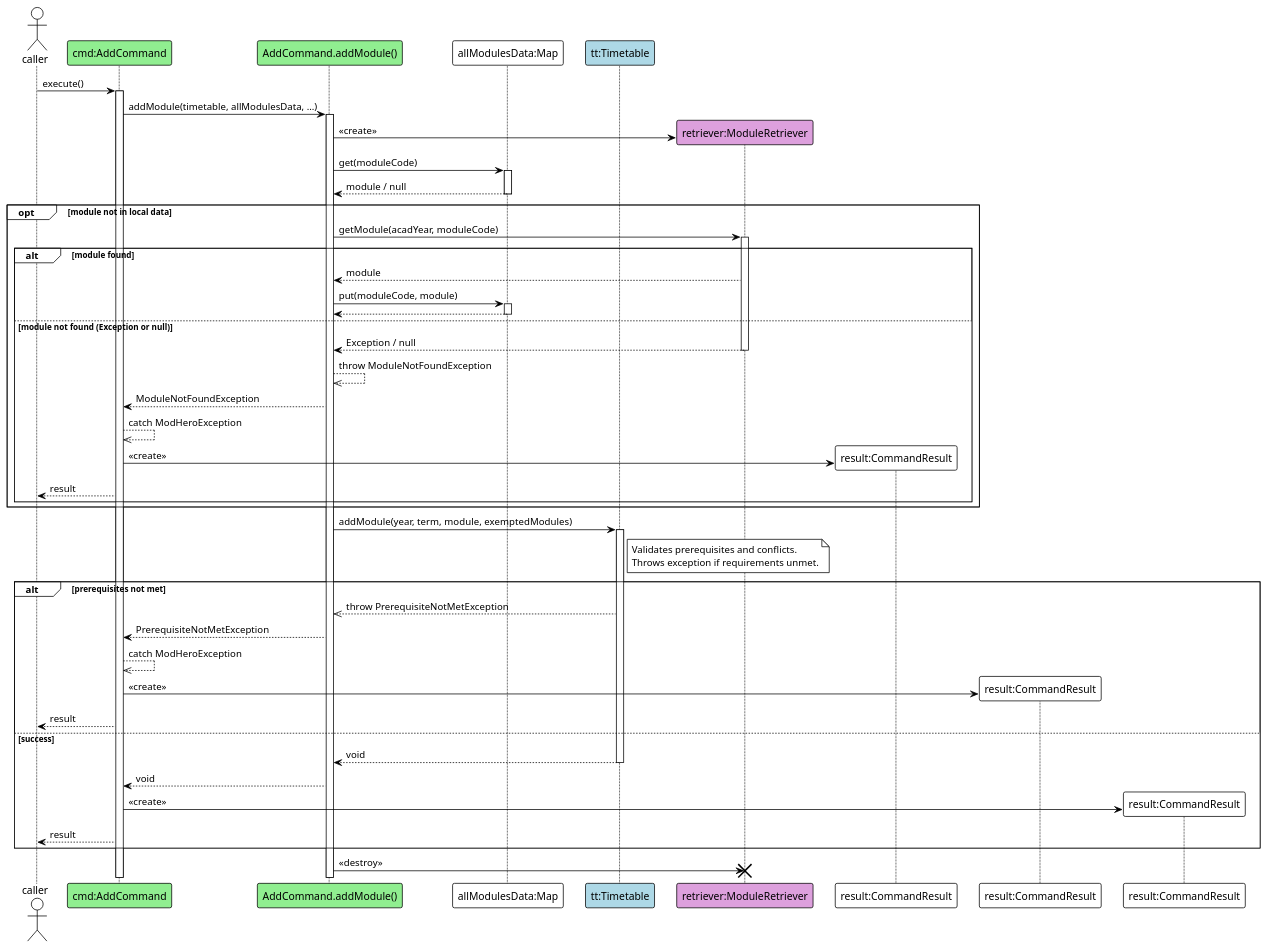
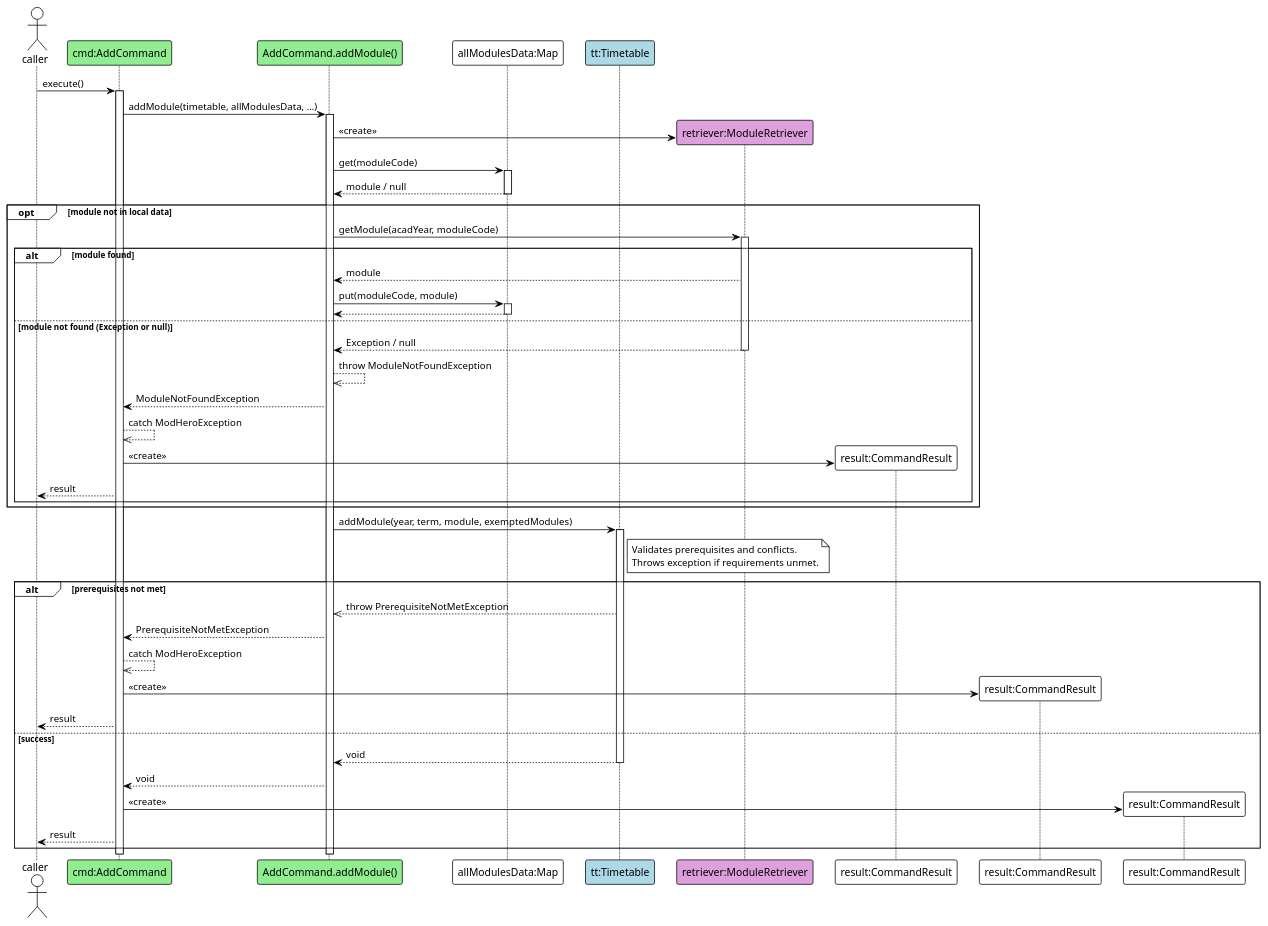
One commit to mendax1234/tp changed the diagram in docs/diagrams/addCommand.puml. Above: the diagram before and after it, drawn with PlantUML. The commit also changed 3 other files, not shown here.

Commit message:
Update sequence diagram

```diff
--- a/docs/diagrams/addCommand.puml
+++ b/docs/diagrams/addCommand.puml
@@ -1,83 +1,81 @@
 @startuml
 !theme plain
 ' --- Participants ---
 actor "caller" as Caller
 participant "cmd:AddCommand" as AddCmd #LightGreen
 participant "AddCommand.addModule()" as AddHelper #LightGreen
 participant "allModulesData:Map" as Cache
 participant "tt:Timetable" as Timetable #LightBlue
 ' --- Dotted lifeline style ---
 skinparam lifeline {
     strategy dotted
 }
 ' --- Flow ---
 Caller -> AddCmd : execute()
 activate AddCmd
 AddCmd -> AddHelper : addModule(timetable, allModulesData, ...)
 activate AddHelper
 
 ' Retriever is created at the start of the addModule method,
 ' before the cache check.
 create participant "retriever:ModuleRetriever" as Retriever #Plum
 AddHelper -> Retriever ** : <<create>>
 
 AddHelper -> Cache : get(moduleCode)
 activate Cache
 Cache --> AddHelper : module / null
 deactivate Cache
 
 opt module not in local data
     AddHelper -> Retriever : getModule(acadYear, moduleCode)
     activate Retriever
 
     alt module found
         Retriever --> AddHelper : module
         AddHelper -> Cache : put(moduleCode, module)
         activate Cache
         Cache --> AddHelper
         deactivate Cache
     else module not found (Exception or null)
         Retriever --> AddHelper : Exception / null
         deactivate Retriever
         AddHelper -->> AddHelper : throw ModuleNotFoundException
         AddHelper --> AddCmd : ModuleNotFoundException
 
         AddCmd -->> AddCmd : catch ModHeroException
         create participant "result:CommandResult" as ResultFail
         AddCmd -> ResultFail ** : <<create>>
         AddCmd --> Caller : result
 
         ' --- MISSING LINE ---
     end
 end
 ' --- Timetable add logic ---
 AddHelper -> Timetable : addModule(year, term, module, exemptedModules)
 activate Timetable
 note right of Timetable
   Validates prerequisites and conflicts.
   Throws exception if requirements unmet.
 end note
 alt prerequisites not met
     Timetable -->> AddHelper : throw PrerequisiteNotMetException
     AddHelper --> AddCmd : PrerequisiteNotMetException
 
     AddCmd -->> AddCmd : catch ModHeroException
     create participant "result:CommandResult" as ResultPrereq
     AddCmd -> ResultPrereq ** : <<create>>
     AddCmd --> Caller : result
 
 else success
     Timetable --> AddHelper : void
     deactivate Timetable
 
     AddHelper --> AddCmd : void
 
     create participant "result:CommandResult" as ResultSuccess
     AddCmd -> ResultSuccess ** : <<create>>
     AddCmd --> Caller : result
 
 end
-    ' Destroy the retriever before deactivating the helper
-    AddHelper -> Retriever !! : <<destroy>>
 
 @enduml
```
